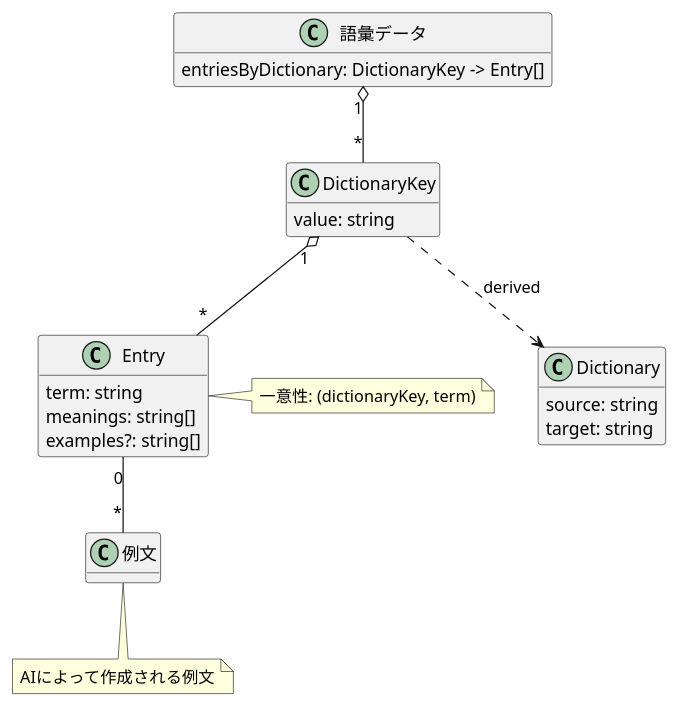
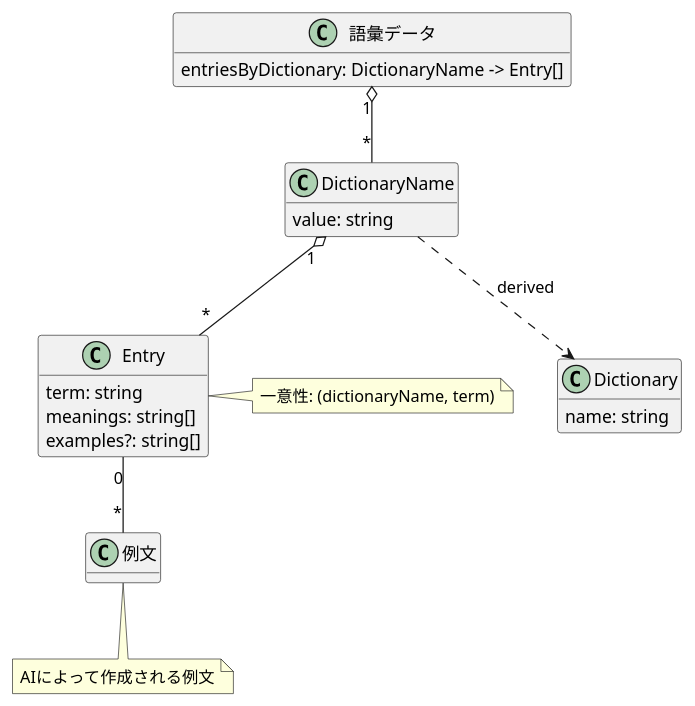
Before and after one commit to tooppoo/lexica: the diagram in docs/model.puml, drawn with PlantUML. The commit also changed 17 other files, not shown here.

```diff
--- a/docs/model.puml
+++ b/docs/model.puml
@@ -1,41 +1,40 @@
 @startuml
 hide methods
 skinparam classAttributeIconSize 0
 
 ' docs/terms.md に定義された語彙のみを使用すること
 
 class "語彙データ" {
-  entriesByDictionary: DictionaryKey -> Entry[]
+  entriesByDictionary: DictionaryName -> Entry[]
 }
 
-class DictionaryKey {
+class DictionaryName {
   value: string
 }
 
 class Entry {
   term: string
   meanings: string[]
   examples?: string[]
 }
 
 class Dictionary {
-  source: string
-  target: string
+  name: string
 }
 
 class "例文"
 
-"語彙データ" "1" o-- "*" DictionaryKey
-DictionaryKey "1" o-- "*" Entry
-DictionaryKey ..> Dictionary : derived
+"語彙データ" "1" o-- "*" DictionaryName
+DictionaryName "1" o-- "*" Entry
+DictionaryName ..> Dictionary : derived
 Entry "0" -- "*" "例文"
 
 note right of Entry
-  一意性: (dictionaryKey, term)
+  一意性: (dictionaryName, term)
 end note
 
 note bottom of "例文"
   AIによって作成される例文
 end note
 
 @enduml
```
